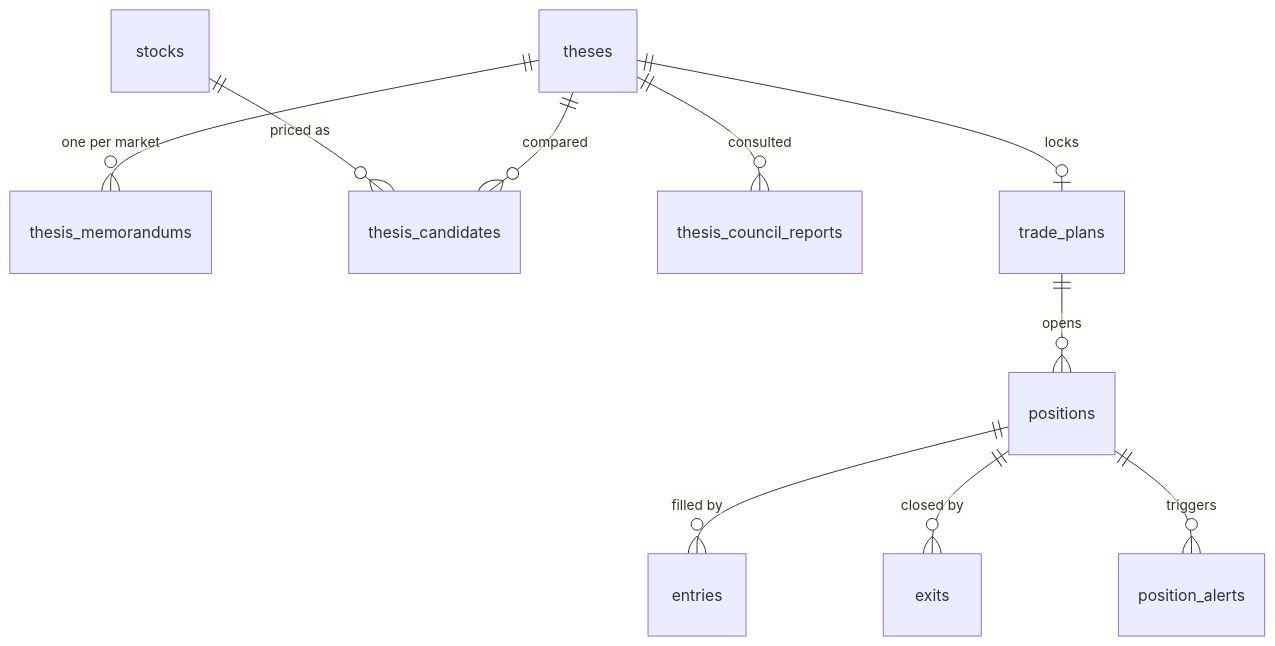
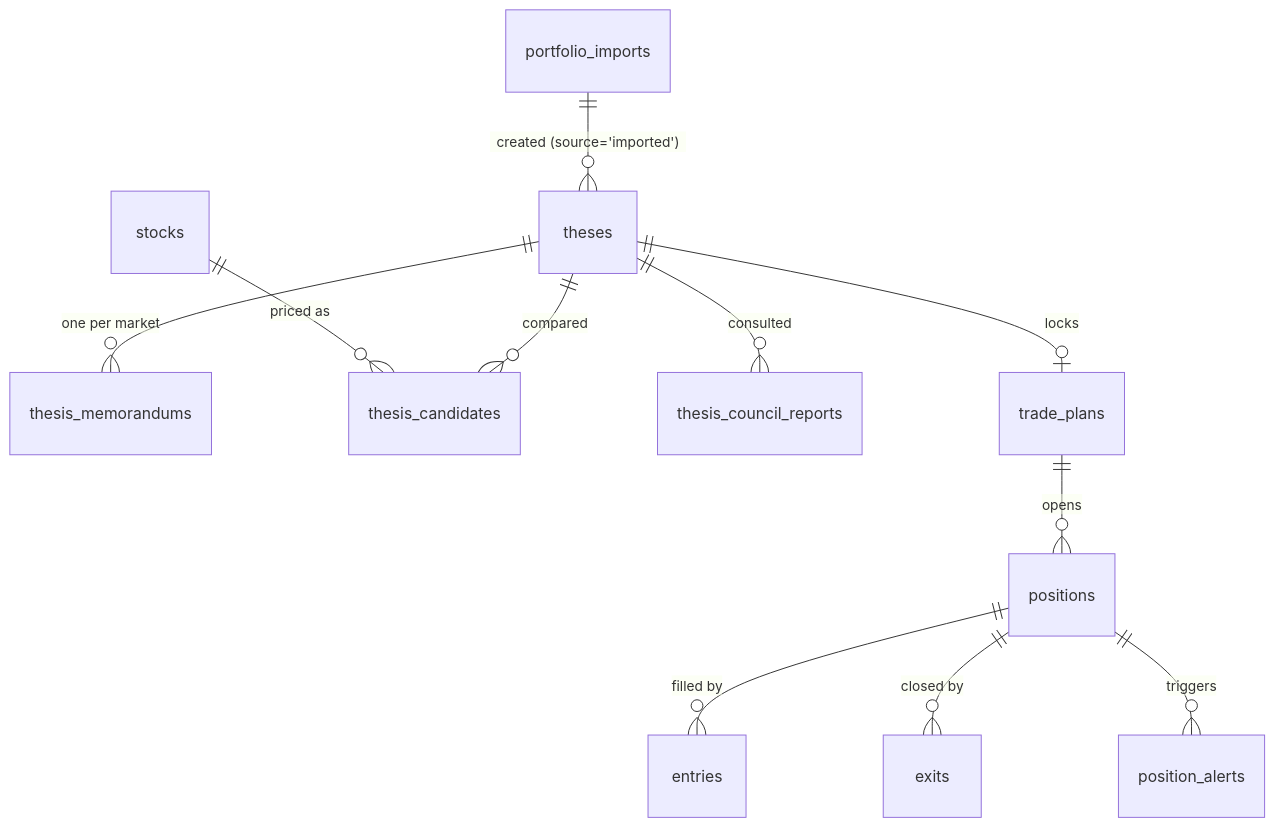
One commit to harshf15-code/Jarvis_Investment_Thesis_Validator changed the second of 2 diagrams in README.md. Above: the diagram before and after it, drawn with Mermaid. The commit also changed other lines of this file and 24 other files, not shown here.

````diff
--- a/README.md
+++ b/README.md
@@ -299,12 +348,13 @@
 ```mermaid
 erDiagram
     theses ||--o{ thesis_memorandums : "one per market"
     theses ||--o{ thesis_candidates : "compared"
     theses ||--o{ thesis_council_reports : "consulted"
     theses ||--o| trade_plans : "locks"
     trade_plans ||--o{ positions : "opens"
     positions ||--o{ entries : "filled by"
     positions ||--o{ exits : "closed by"
     positions ||--o{ position_alerts : "triggers"
     stocks ||--o{ thesis_candidates : "priced as"
+    portfolio_imports ||--o{ theses : "created (source='imported')"
 ```
````
